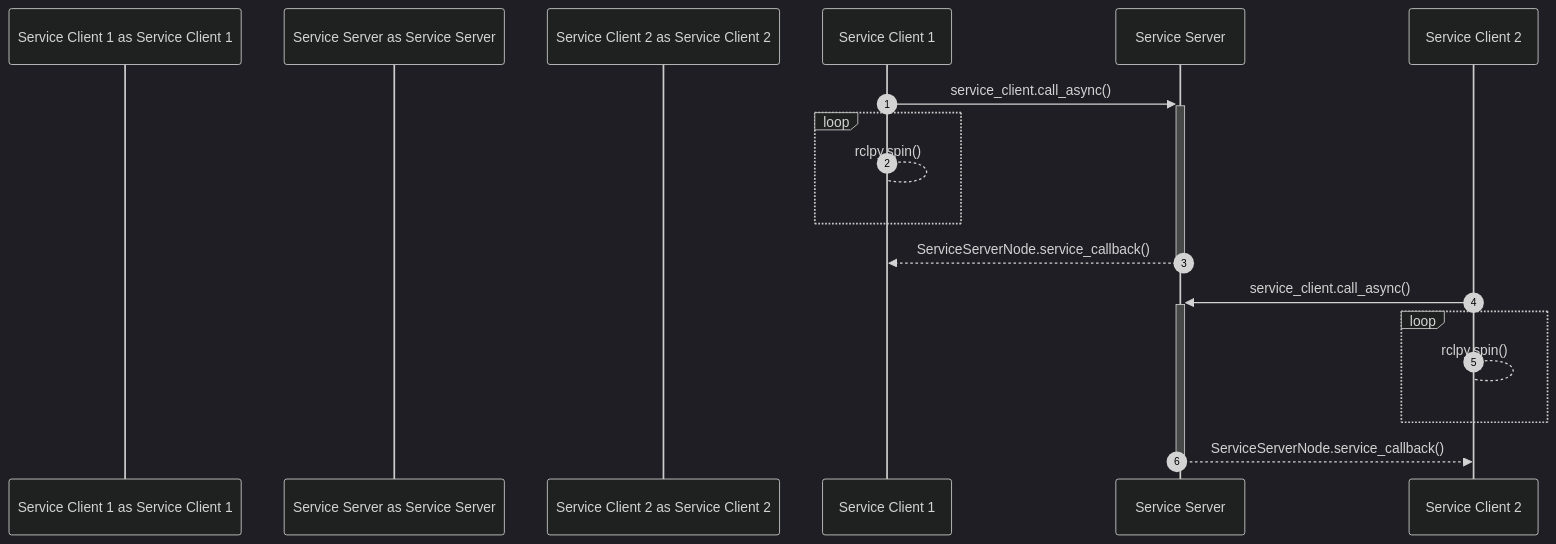
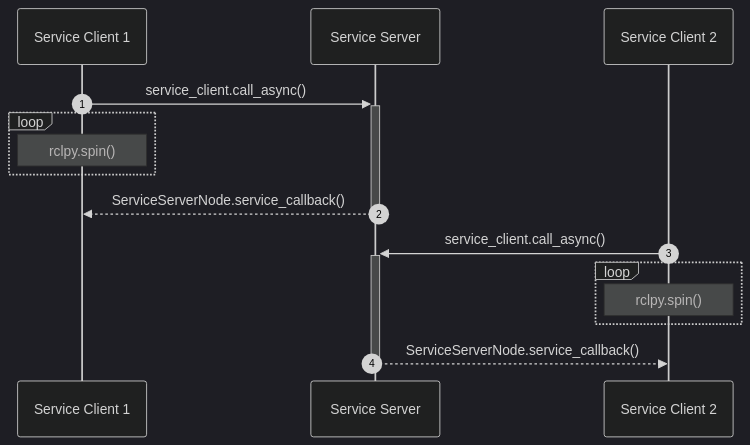
The diagram in docs/source/service_servers_and_clients.rst (mmmarinho/ROS2_Tutorial), drawn with Mermaid before and after one commit.

Commit message:
Fix service sequence diagram artefacts

```diff
--- a/docs/source/service_servers_and_clients.rst
+++ b/docs/source/service_servers_and_clients.rst
@@ -17,18 +17,18 @@
 .. mermaid::
 
     %%{init: { "theme" : "dark" }}%%
     sequenceDiagram
-      participant Service Client 1 as Service Client 1
-      participant Service Server as Service Server
-      participant Service Client 2 as Service Client 2
+      participant C1 as Service Client 1
+      participant S as Service Server
+      participant C2 as Service Client 2
       autonumber
-      Service Client 1 ->>+ Service Server: service_client.call_async()
+      C1 ->>+ S: service_client.call_async()
       loop
-        Service Client 1-->Service Client 1: rclpy.spin()
+        Note over C1: rclpy.spin()
       end
-      Service Server -->>- Service Client 1: ServiceServerNode.service_callback()
-      Service Client 2 ->>+ Service Server: service_client.call_async()
+      S -->>- C1: ServiceServerNode.service_callback()
+      C2 ->>+ S: service_client.call_async()
       loop
-        Service Client 2-->Service Client 2: rclpy.spin()
+        Note over C2: rclpy.spin()
       end
-      Service Server -->>- Service Client 2: ServiceServerNode.service_callback()
+      S -->>- C2: ServiceServerNode.service_callback()
```
